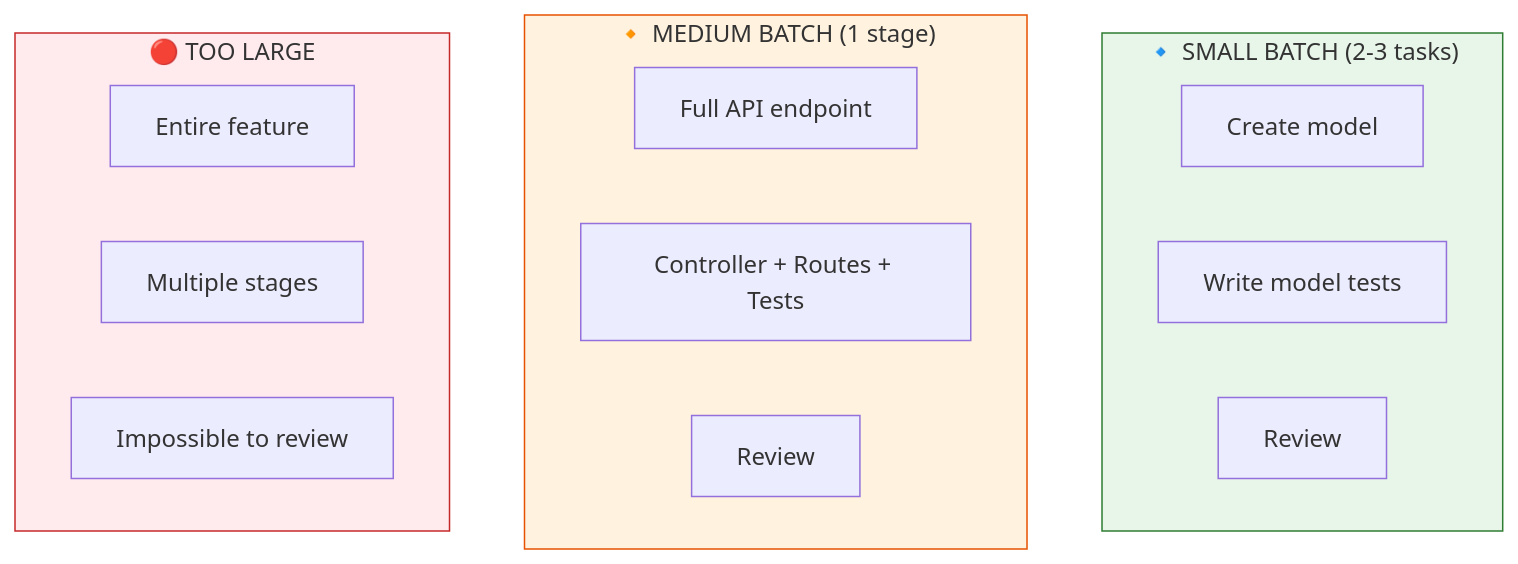
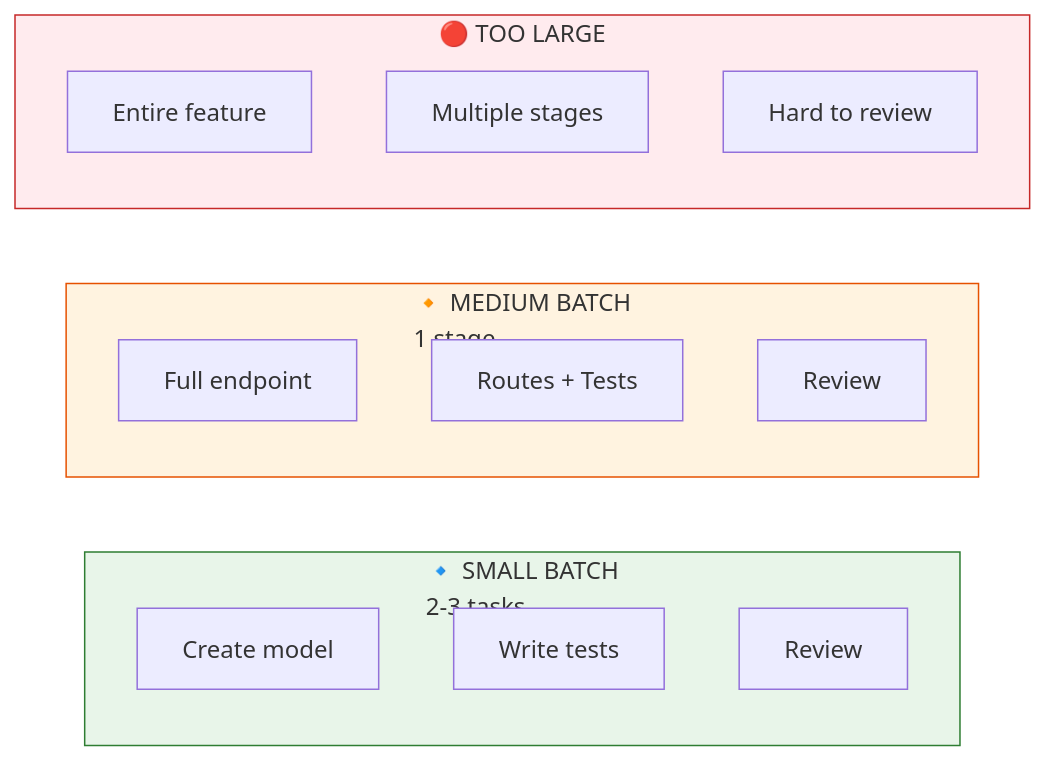
Before and after one commit to lbijeau/codex-training: the third of 5 diagrams in docs/modules/06-planning.md, drawn with Mermaid.

Commit message:
fix: improve Batch Size Guidelines diagram layout
- Change from TD to LR layout for better label visibility
- Split subgraph labels with <br/> for readability
- Shorten node text to fit horizontal layout

🤖 Generated with [Claude Code](https://claude.com/claude-code)

````diff
--- a/docs/modules/06-planning.md
+++ b/docs/modules/06-planning.md
@@ -377,24 +377,24 @@
 ```mermaid
-flowchart TD
-    subgraph small["🔹 SMALL BATCH (2-3 tasks)"]
+flowchart LR
+    subgraph small["🔹 SMALL BATCH<br/>2-3 tasks"]
         S1["Create model"]
-        S2["Write model tests"]
+        S2["Write tests"]
         S3["Review"]
     end
 
-    subgraph medium["🔸 MEDIUM BATCH (1 stage)"]
-        M1["Full API endpoint"]
-        M2["Controller + Routes + Tests"]
+    subgraph medium["🔸 MEDIUM BATCH<br/>1 stage"]
+        M1["Full endpoint"]
+        M2["Routes + Tests"]
         M3["Review"]
     end
 
     subgraph large["🔴 TOO LARGE"]
         L1["Entire feature"]
         L2["Multiple stages"]
-        L3["Impossible to review"]
+        L3["Hard to review"]
     end
 
     style small fill:#e8f5e9,stroke:#2e7d32
     style medium fill:#fff3e0,stroke:#e65100
     style large fill:#ffebee,stroke:#c62828
 ```
````
